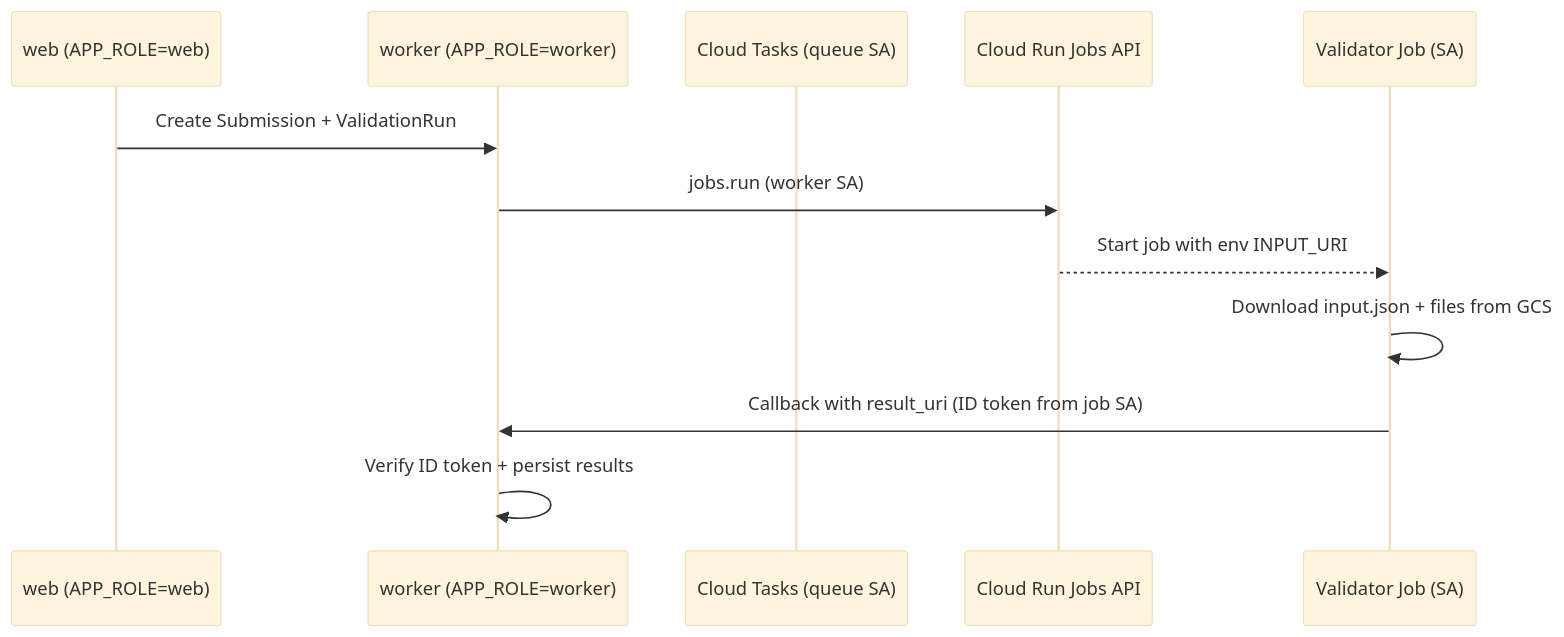
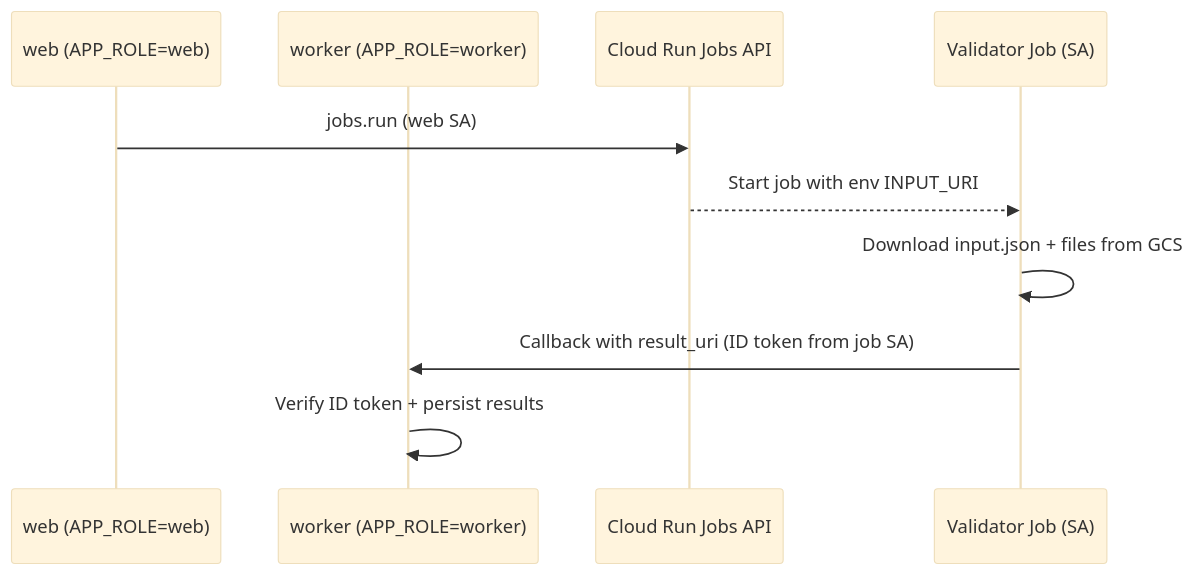
Before and after one commit to danielmcquillen/validibot: the diagram in docs/dev_docs/validator_jobs_cloud_run.md, drawn with Mermaid (base theme). The commit also changed other lines of this file and 12 other files, not shown here.

````diff
--- a/docs/dev_docs/validator_jobs_cloud_run.md
+++ b/docs/dev_docs/validator_jobs_cloud_run.md
@@ -12,15 +14,13 @@
 ```mermaid
 sequenceDiagram
     participant Web as web (APP_ROLE=web)
     participant Worker as worker (APP_ROLE=worker)
-    participant Tasks as Cloud Tasks (queue SA)
     participant JobsAPI as Cloud Run Jobs API
     participant Job as Validator Job (SA)
 
-    Web->>Worker: Create Submission + ValidationRun
-    Worker->>JobsAPI: jobs.run (worker SA)
+    Web->>JobsAPI: jobs.run (web SA)
     JobsAPI-->>Job: Start job with env INPUT_URI
     Job->>Job: Download input.json + files from GCS
     Job->>Worker: Callback with result_uri (ID token from job SA)
     Worker->>Worker: Verify ID token + persist results
 ```
````
